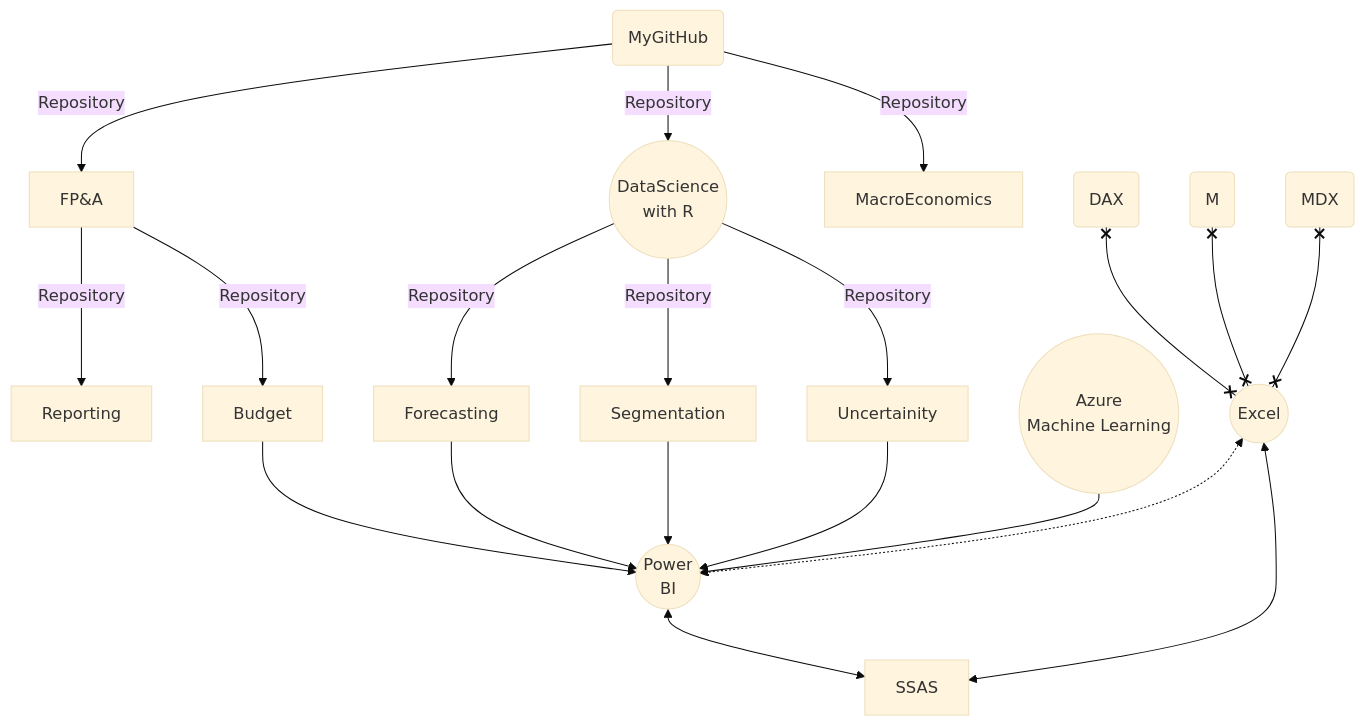
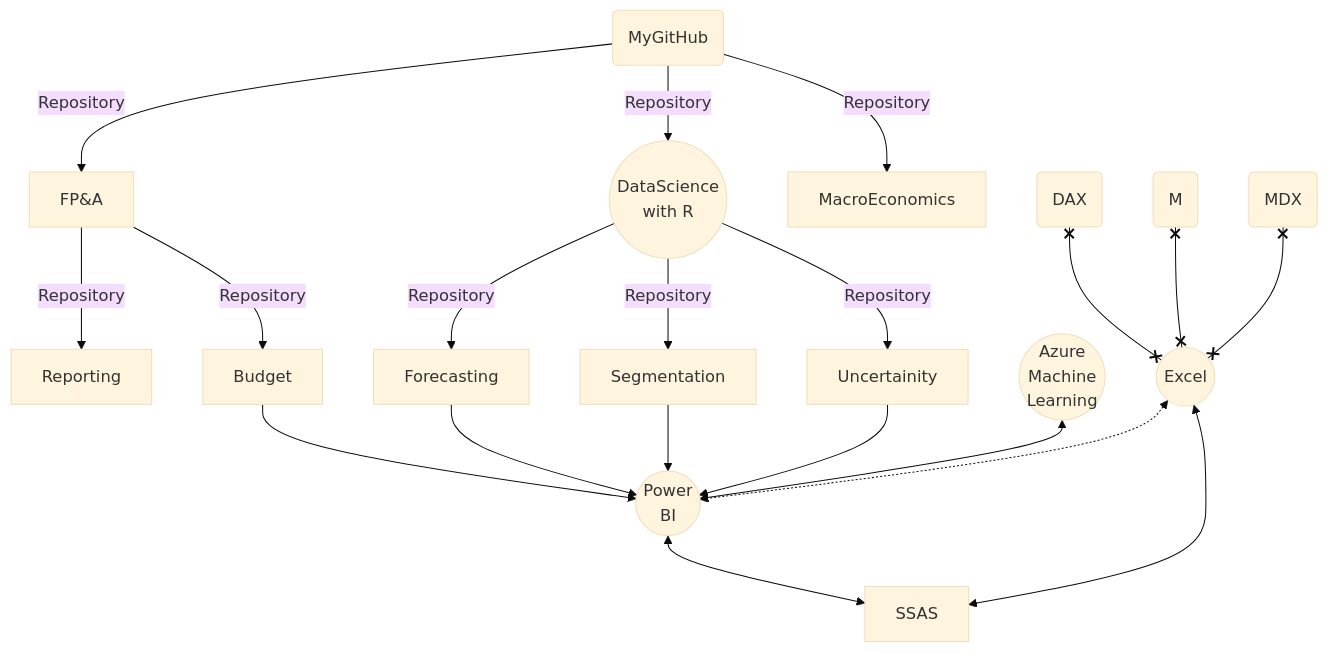
One commit to md3629/md3629 changed the diagram in README.md. Above: the diagram before and after it, drawn with Mermaid (base theme).

````diff
--- a/README.md
+++ b/README.md
@@ -4,24 +4,24 @@
 ```mermaid
 graph TD;
     my(MyGitHub)-->|Repository|FP&A;
     FP&A-->|Repository|Reporting;
     FP&A-->|Repository|Budget;
     
     my(MyGitHub)-->|Repository|a((DataScience<br> with R));
     
     my(MyGitHub)-->|Repository|MacroEconomics;
     a((DataScience<br> with R))--Repository-->Forecasting;
     a((DataScience<br> with R))--Repository-->Segmentation;
     a((DataScience<br> with R))--Repository-->Uncertainity;
     Uncertainity-->P((Power<br>BI));
     Forecasting-->P((Power<br>BI));
     Segmentation-->P((Power<br>BI));
     Budget-->P((Power<br>BI));
-    AML((Azure<br>Machine Learning))-->P((Power<br>BI));
+    AML((Azure<br>Machine<br>Learning))<-->P((Power<br>BI));
     D(DAX)x--xE((Excel));
     M(M)x--xE((Excel));
     E((Excel))<-.->P((Power<br>BI));
     A(MDX)x--xE((Excel));
     E((Excel))<-->SSAS;
     P((Power<br>BI))<-->SSAS;
 ```
````
